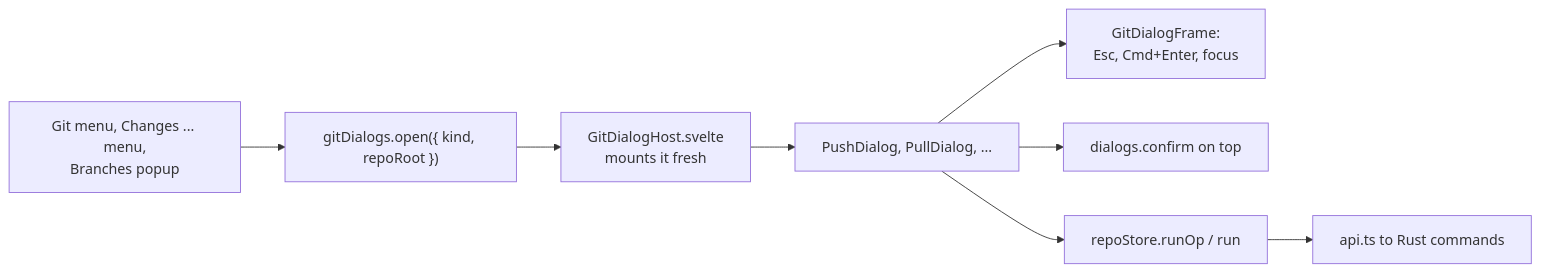
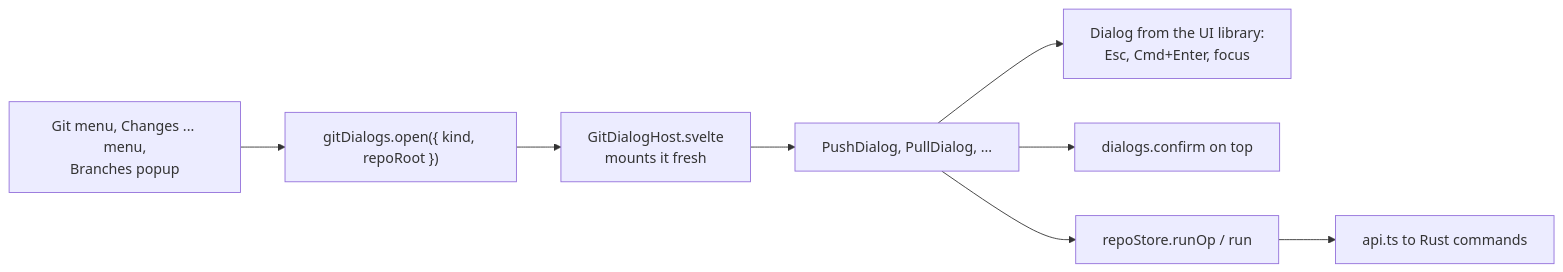
The first of 2 diagrams in docs/wiki/developer/How-the-Git-Dialogs-Work.md (shibbirweb/git-manager), drawn with Mermaid before and after one commit. The commit also changed other lines of this file and 644 other files, not shown here.

Commit message:
feat:[GM-102] app uses the UI library as a local package: Git dialogs migrated, burn-down check, Prettier

````diff
--- a/docs/wiki/developer/How-the-Git-Dialogs-Work.md
+++ b/docs/wiki/developer/How-the-Git-Dialogs-Work.md
@@ -13,10 +13,10 @@
 ```mermaid
 flowchart LR
   Menu["Git menu, Changes ... menu,<br/>Branches popup"] --> Store["gitDialogs.open({ kind, repoRoot })"]
   Store --> Host["GitDialogHost.svelte<br/>mounts it fresh"]
   Host --> Dialog["PushDialog, PullDialog, ..."]
-  Dialog --> Frame["GitDialogFrame:<br/>Esc, Cmd+Enter, focus"]
+  Dialog --> Frame["Dialog from the UI library:<br/>Esc, Cmd+Enter, focus"]
   Dialog --> Confirm["dialogs.confirm on top"]
   Dialog --> Run["repoStore.runOp / run"]
   Run --> Api["api.ts to Rust commands"]
 ```
````
